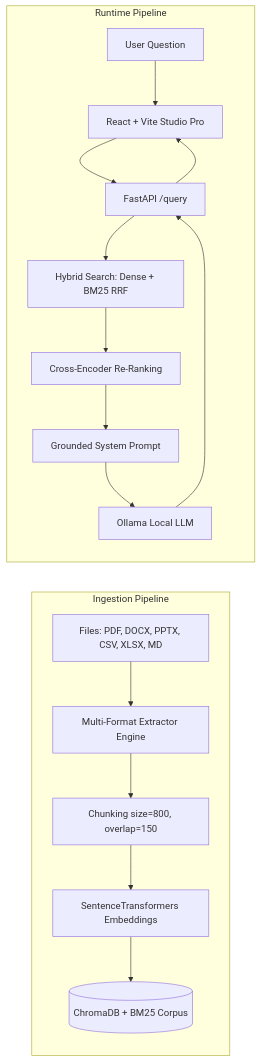
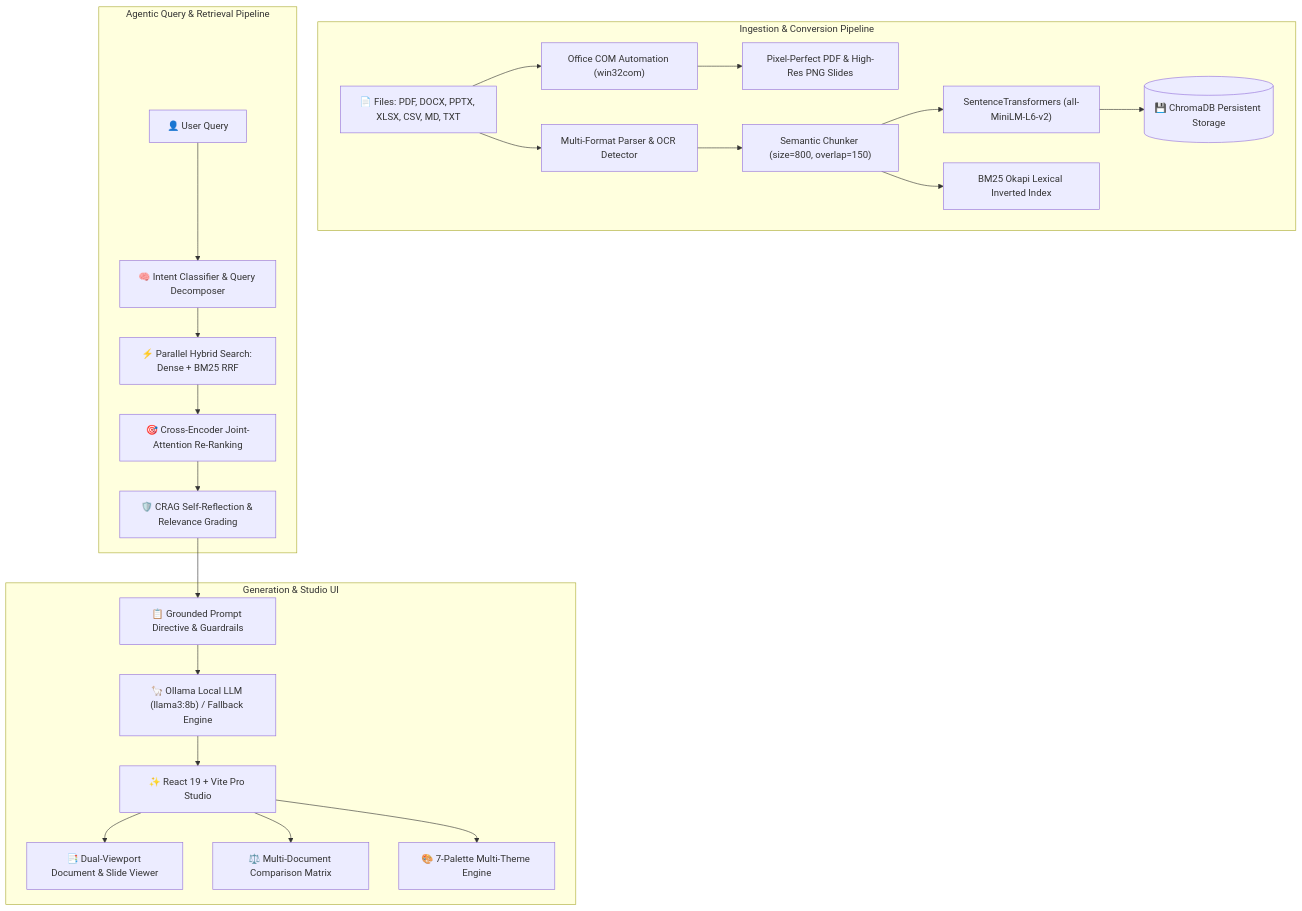
One commit to Ahmad-Salah-22/RAG-Powered-Document-Assistant- changed the diagram in README.md. Above: the diagram before and after it, drawn with Mermaid. The commit also changed other lines of this file and 3 other files, not shown here.

````diff
--- a/README.md
+++ b/README.md
@@ -25,20 +37,28 @@
 ```mermaid
-flowchart LR
-    subgraph Ingestion Pipeline
-        A[Files: PDF, DOCX, PPTX, CSV, XLSX, MD] --> B[Multi-Format Extractor Engine]
-        B --> C[Chunking size=800, overlap=150]
-        C --> D[SentenceTransformers Embeddings]
-        D --> E[(ChromaDB + BM25 Corpus)]
+flowchart TD
+    subgraph Ingestion & Conversion Pipeline
+        A["📄 Files: PDF, DOCX, PPTX, XLSX, CSV, MD, TXT"] --> B["Office COM Automation (win32com)"]
+        B --> C["Pixel-Perfect PDF & High-Res PNG Slides"]
+        A --> D["Multi-Format Parser & OCR Detector"]
+        D --> E["Semantic Chunker (size=800, overlap=150)"]
+        E --> F["SentenceTransformers (all-MiniLM-L6-v2)"]
+        E --> G["BM25 Okapi Lexical Inverted Index"]
+        F --> H[("💾 ChromaDB Persistent Storage")]
     end
 
-    subgraph Runtime Pipeline
-        F[User Question] --> G[React + Vite Studio Pro]
-        G --> H[FastAPI /query]
-        H --> I[Hybrid Search: Dense + BM25 RRF]
-        I --> J[Cross-Encoder Re-Ranking]
-        J --> K[Grounded System Prompt]
-        K --> L[Ollama Local LLM]
-        L --> H
-        H --> G
+    subgraph Agentic Query & Retrieval Pipeline
+        I["👤 User Query"] --> J["🧠 Intent Classifier & Query Decomposer"]
+        J --> K["⚡ Parallel Hybrid Search: Dense + BM25 RRF"]
+        K --> L["🎯 Cross-Encoder Joint-Attention Re-Ranking"]
+        L --> M["🛡️ CRAG Self-Reflection & Relevance Grading"]
+    end
+
+    subgraph Generation & Studio UI
+        M --> N["📋 Grounded Prompt Directive & Guardrails"]
+        N --> O["🦙 Ollama Local LLM (llama3:8b) / Fallback Engine"]
+        O --> P["✨ React 19 + Vite Pro Studio"]
+        P --> Q["📑 Dual-Viewport Document & Slide Viewer"]
+        P --> R["⚖️ Multi-Document Comparison Matrix"]
+        P --> S["🎨 7-Palette Multi-Theme Engine"]
     end
 ```
````
